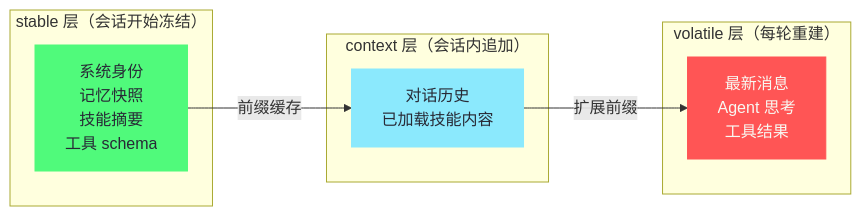
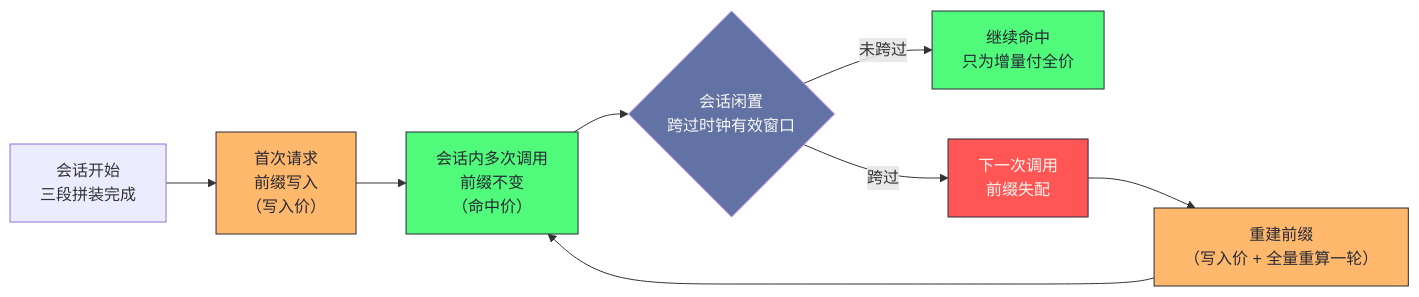
Before and after one commit to hpliStartAgain/my-brain: the third of 5 diagrams in content/LLM/Hermes-Agent/10 Prompt 工程——三层 Prompt 与上下文压缩.md, drawn with Mermaid. The commit also changed other lines of this file and 259 other files, not shown here.

````diff
--- a/content/LLM/Hermes-Agent/10 Prompt 工程——三层 Prompt 与上下文压缩.md
+++ b/content/LLM/Hermes-Agent/10 Prompt 工程——三层 Prompt 与上下文压缩.md
@@ -52,21 +311,20 @@
 ```mermaid
 %%{init: {'theme': 'dracula'}}%%
-graph LR
-    subgraph S["stable 层（会话开始冻结）"]
-        A["系统身份<br/>记忆快照<br/>技能摘要<br/>工具 schema"]
-    end
-    subgraph C["context 层（会话内追加）"]
-        B["对话历史<br/>已加载技能内容"]
-    end
-    subgraph V["volatile 层（每轮重建）"]
-        D["最新消息<br/>Agent 思考<br/>工具结果"]
-    end
-    A -->|"前缀缓存"| B -->|"扩展前缀"| D
+flowchart LR
+    A["会话开始<br/>三段拼装完成"] --> B["首次请求<br/>前缀写入<br/>（写入价）"]
+    B --> C["会话内多次调用<br/>前缀不变<br/>（命中价）"]
+    C --> D{"会话闲置<br/>跨过时钟有效窗口"}
+    D -->|"未跨过"| E["继续命中<br/>只为增量付全价"]
+    D -->|"跨过"| F["下一次调用<br/>前缀失配"]
+    F --> G["重建前缀<br/>（写入价 + 全量重算一轮）"]
+    G --> C
 
-    classDef stable fill:#50fa7b,stroke:#50fa7b,color:#282a36
-    classDef ctx fill:#8be9fd,stroke:#8be9fd,color:#282a36
-    classDef vol fill:#ff5555,stroke:#ff5555,color:#f8f8f2
-    class A stable
-    class B ctx
-    class D vol
+    classDef write fill:#ffb86c,stroke:#282a36,color:#282a36
+    classDef hit fill:#50fa7b,stroke:#282a36,color:#282a36
+    classDef miss fill:#ff5555,stroke:#282a36,color:#f8f8f2
+    classDef ask fill:#6272a4,stroke:#bd93f9,color:#f8f8f2
+    class B,G write
+    class C,E hit
+    class F miss
+    class D ask
 ```
````
